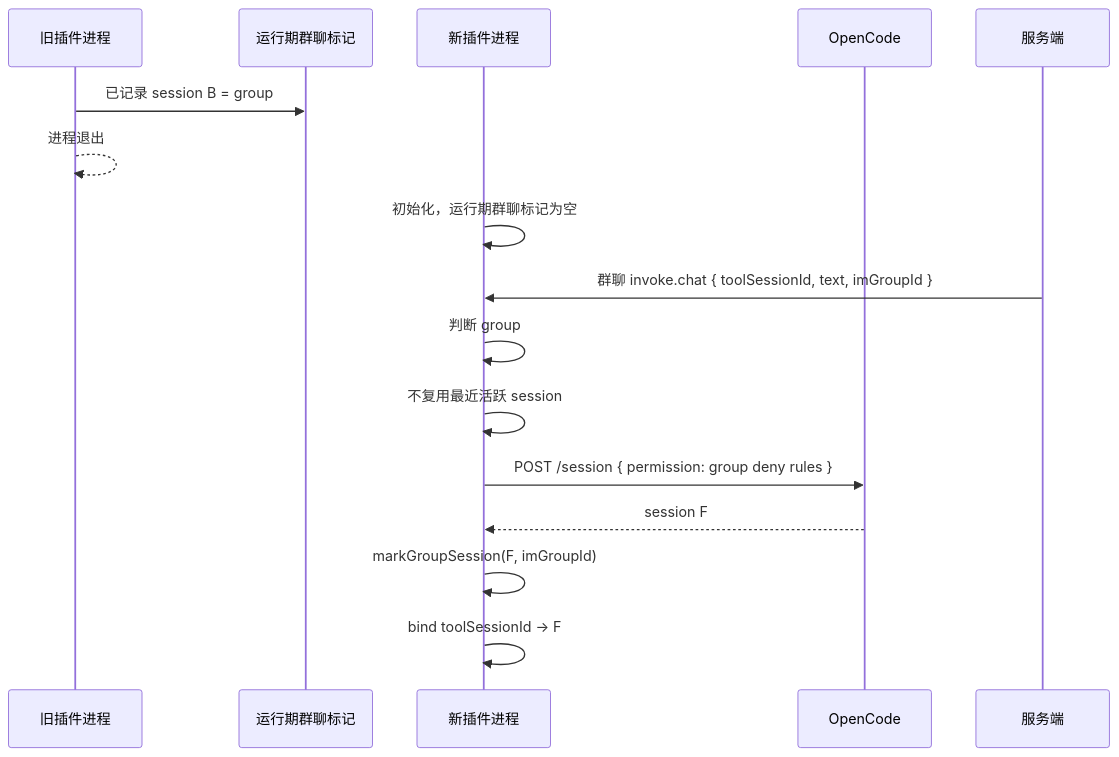
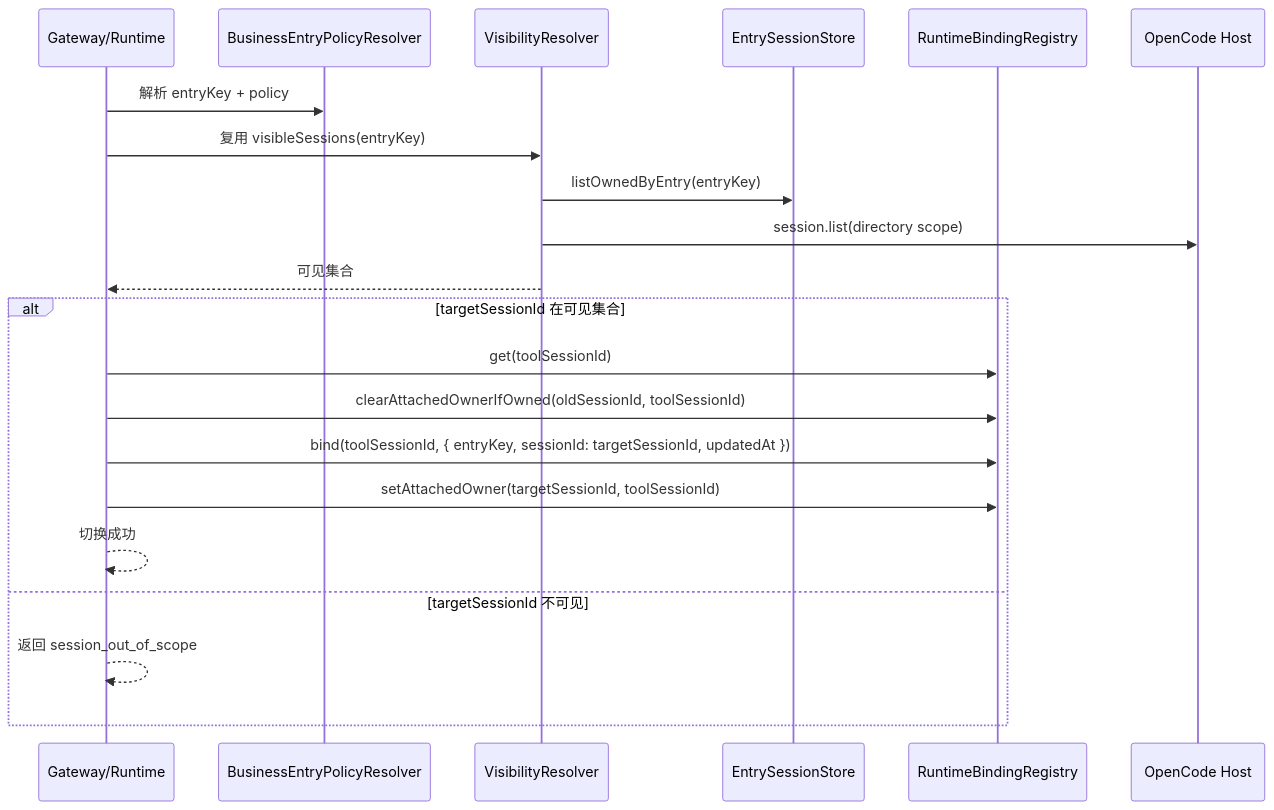
Diagram 12 of 18 in docs/design/message-bridge-opencode-session-isolation-solution.md (yuzhangCZ/agent-plugin), drawn with Mermaid before and after one commit. The commit also changed other lines of this file and 1 other file, not shown here.

````diff
--- a/docs/design/message-bridge-opencode-session-isolation-solution.md
+++ b/docs/design/message-bridge-opencode-session-isolation-solution.md
@@ -512,19 +904,24 @@
 ```mermaid
 sequenceDiagram
-  participant PluginOld as 旧插件进程
-  participant RuntimeMark as 运行期群聊标记
-  participant PluginNew as 新插件进程
-  participant OpenCode as OpenCode
-  participant Server as 服务端
+  participant Gateway as Gateway/Runtime
+  participant Policy as BusinessEntryPolicyResolver
+  participant Visible as VisibilityResolver
+  participant Store as EntrySessionStore
+  participant Binding as RuntimeBindingRegistry
+  participant Host as OpenCode Host
 
-  PluginOld->>RuntimeMark: 已记录 session B = group
-  PluginOld-->>PluginOld: 进程退出
-  PluginNew->>PluginNew: 初始化，运行期群聊标记为空
-  Server->>PluginNew: 群聊 invoke.chat { toolSessionId, text, imGroupId }
-  PluginNew->>PluginNew: 判断 group
-  PluginNew->>PluginNew: 不复用最近活跃 session
-  PluginNew->>OpenCode: POST /session { permission: group deny rules }
-  OpenCode-->>PluginNew: session F
-  PluginNew->>PluginNew: markGroupSession(F, imGroupId)
-  PluginNew->>PluginNew: bind toolSessionId -> F
+  Gateway->>Policy: 解析 entryKey + policy
+  Gateway->>Visible: 复用 visibleSessions(entryKey)
+  Visible->>Store: listOwnedByEntry(entryKey)
+  Visible->>Host: session.list(directory scope)
+  Visible-->>Gateway: 可见集合
+  alt targetSessionId 在可见集合
+    Gateway->>Binding: get(toolSessionId)
+    Gateway->>Binding: clearAttachedOwnerIfOwned(oldSessionId, toolSessionId)
+    Gateway->>Binding: bind(toolSessionId, { entryKey, sessionId: targetSessionId, updatedAt })
+    Gateway->>Binding: setAttachedOwner(targetSessionId, toolSessionId)
+    Gateway-->>Gateway: 切换成功
+  else targetSessionId 不可见
+    Gateway-->>Gateway: 返回 session_out_of_scope
+  end
 ```
````
